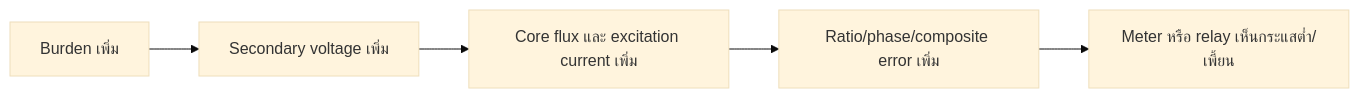
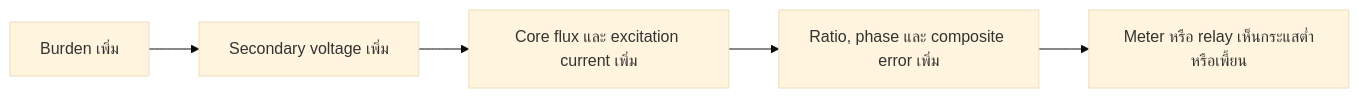
The second of 8 diagrams in 4.CT_PT_Solar_Zero_Export_Guide_TH.md (itipunsnk-max/Guidline_Solar_rooftop_thailand), drawn with Mermaid (base theme) before and after one commit. The commit also changed other lines of this file, not shown here.

````diff
--- a/4.CT_PT_Solar_Zero_Export_Guide_TH.md
+++ b/4.CT_PT_Solar_Zero_Export_Guide_TH.md
@@ -202,7 +194,7 @@
 ```mermaid
 flowchart LR
- B[Burden เพิ่ม] --> V[Secondary voltage เพิ่ม]
- V --> F[Core flux และ excitation current เพิ่ม]
- F --> E[Ratio/phase/composite error เพิ่ม]
- E --> M[Meter หรือ relay เห็นกระแสต่ำ/เพี้ยน]
+ B["Burden เพิ่ม"] --> V["Secondary voltage เพิ่ม"]
+ V --> F["Core flux และ excitation current เพิ่ม"]
+ F --> E["Ratio, phase และ composite error เพิ่ม"]
+ E --> M["Meter หรือ relay เห็นกระแสต่ำหรือเพี้ยน"]
 ```
````
